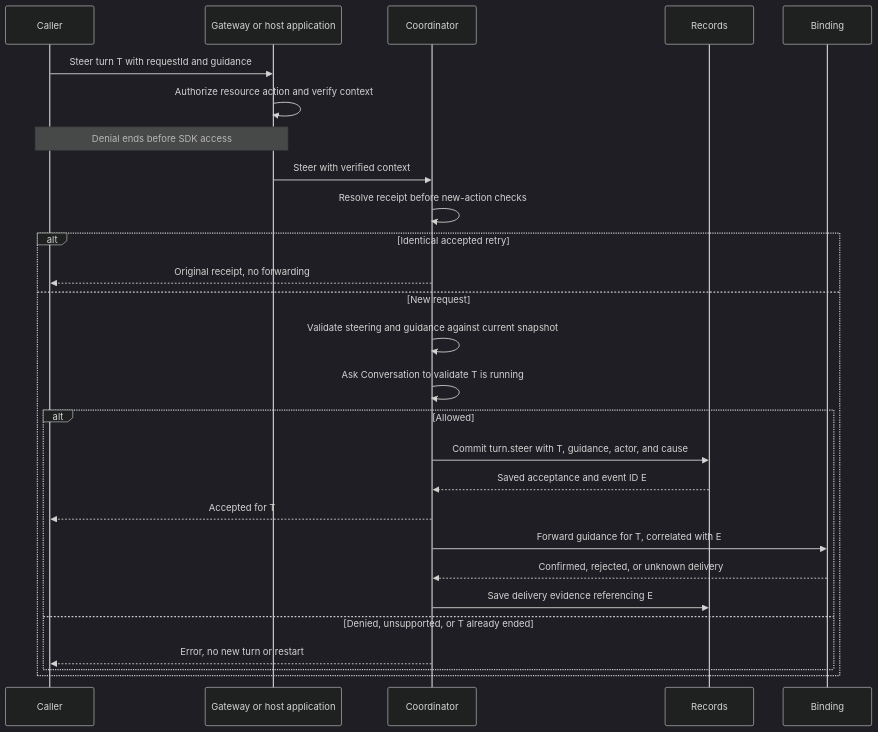
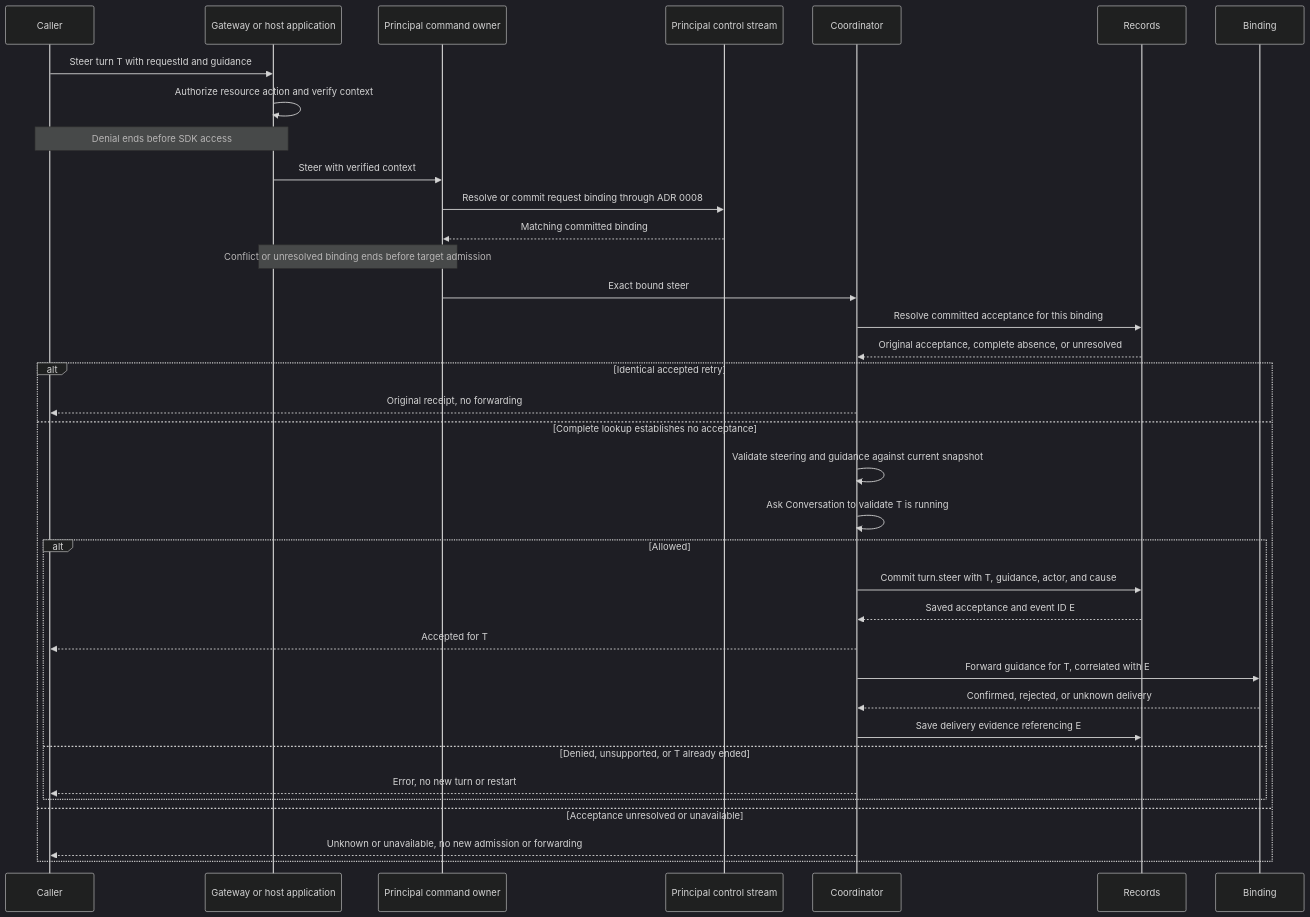
The fifth of 8 diagrams in docs/design/agent_execution/runtime-classes-and-sequences.md (nessalabs/nessa-agent), drawn with Mermaid (dark theme) before and after one commit. The commit also changed other lines of this file and 7 other files, not shown here.

````diff
--- a/docs/design/agent_execution/runtime-classes-and-sequences.md
+++ b/docs/design/agent_execution/runtime-classes-and-sequences.md
@@ -334,29 +345,38 @@
 ```mermaid
 sequenceDiagram
     participant C as Caller
     participant G as Gateway or host application
+    participant I as Principal command owner
+    participant K as Principal control stream
     participant R as Coordinator
     participant S as Records
     participant B as Binding
     C->>G: Steer turn T with requestId and guidance
     G->>G: Authorize resource action and verify context
     Note over C,G: Denial ends before SDK access
-    G->>R: Steer with verified context
-    R->>R: Resolve receipt before new-action checks
+    G->>I: Steer with verified context
+    I->>K: Resolve or commit request binding through ADR 0008
+    K-->>I: Matching committed binding
+    Note over G,I: Conflict or unresolved binding ends before target admission
+    I->>R: Exact bound steer
+    R->>S: Resolve committed acceptance for this binding
+    S-->>R: Original acceptance, complete absence, or unresolved
     alt Identical accepted retry
         R-->>C: Original receipt, no forwarding
-    else New request
+    else Complete lookup establishes no acceptance
         R->>R: Validate steering and guidance against current snapshot
         R->>R: Ask Conversation to validate T is running
         alt Allowed
             R->>S: Commit turn.steer with T, guidance, actor, and cause
             S-->>R: Saved acceptance and event ID E
             R-->>C: Accepted for T
             R->>B: Forward guidance for T, correlated with E
             B-->>R: Confirmed, rejected, or unknown delivery
             R->>S: Save delivery evidence referencing E
         else Denied, unsupported, or T already ended
             R-->>C: Error, no new turn or restart
         end
+    else Acceptance unresolved or unavailable
+        R-->>C: Unknown or unavailable, no new admission or forwarding
     end
 ```
````
